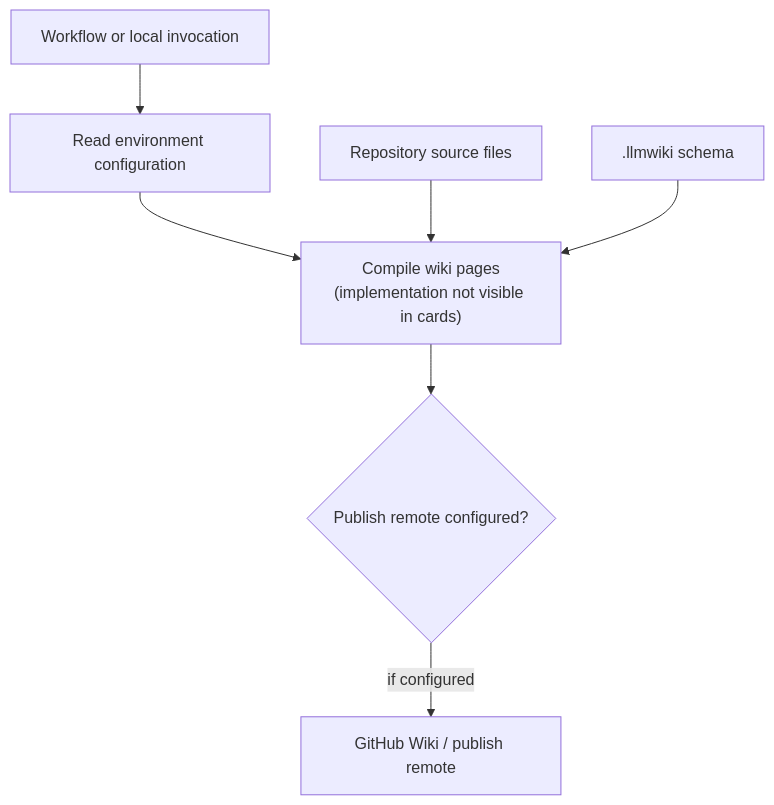
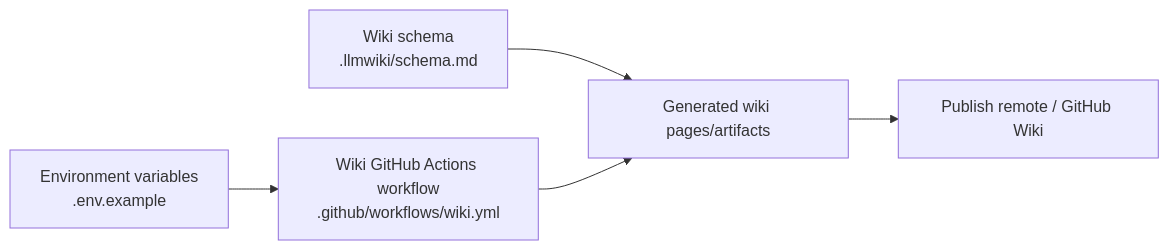
The third of 4 diagrams in Architecture.md (mfittko/repo-wiki), drawn with Mermaid before and after one commit. The commit also changed other lines of this file and 46 other files, not shown here.

Commit message:
Compile repository wiki 2026-06-12T23:37:07.677Z

````diff
--- a/Architecture.md
+++ b/Architecture.md
@@ -174,17 +210,13 @@
 ```mermaid
-flowchart TD
-  Trigger["Workflow or local invocation"]
-  Config["Read environment configuration"]
-  Sources["Repository source files"]
-  Schema[".llmwiki schema"]
-  Compile["Compile wiki pages<br/>(implementation not visible in cards)"]
-  Publish{"Publish remote configured?"}
-  Remote["GitHub Wiki / publish remote"]
+flowchart LR
+  Env["Environment variables<br/>.env.example"]
+  Schema["Wiki schema<br/>.llmwiki/schema.md"]
+  Workflow["Wiki GitHub Actions workflow<br/>.github/workflows/wiki.yml"]
+  Generated["Generated wiki pages/artifacts"]
+  Publish["Publish remote / GitHub Wiki"]
 
-  Trigger --> Config
-  Config --> Compile
-  Sources --> Compile
-  Schema --> Compile
-  Compile --> Publish
-  Publish -->|"if configured"| Remote
+  Env --> Workflow
+  Schema --> Generated
+  Workflow --> Generated
+  Generated --> Publish
 ```
````
